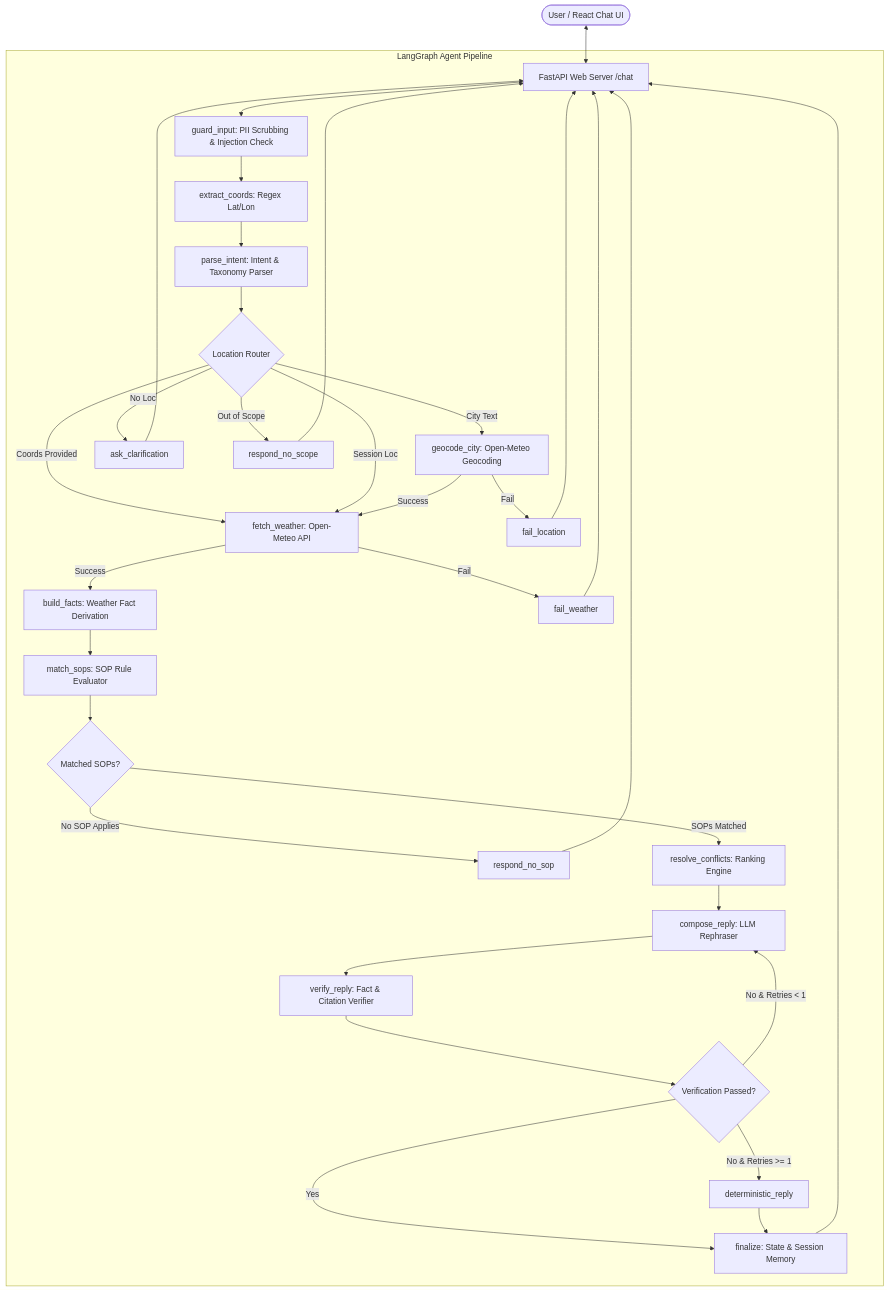
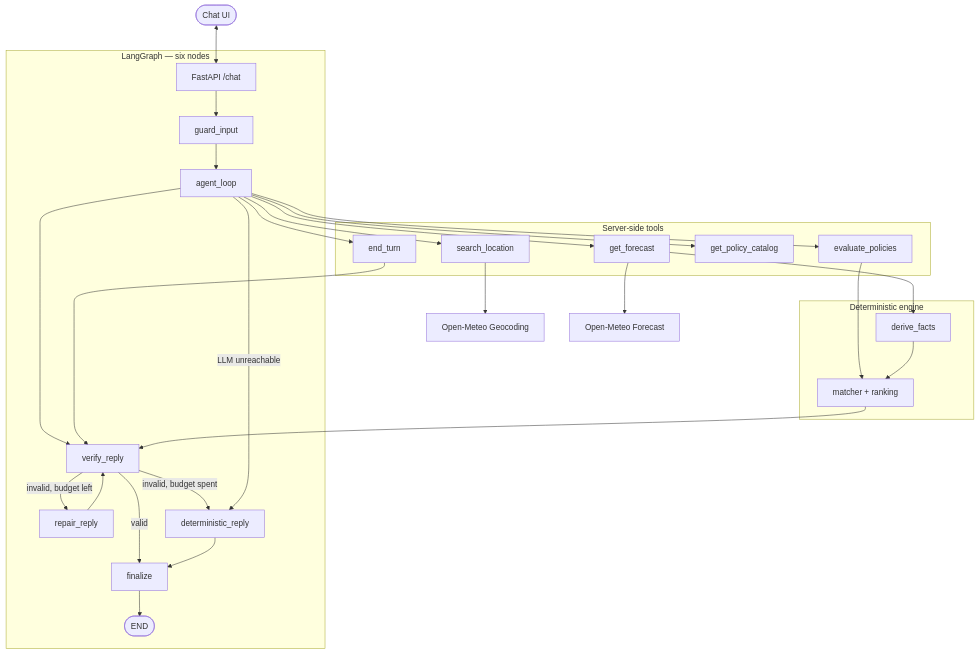
The diagram in ARCH.md (omkarbg100/Grounded-Weather-Advisory-Bot), drawn with Mermaid before and after one commit. The commit also changed other lines of this file and 43 other files, not shown here.

````diff
--- a/ARCH.md
+++ b/ARCH.md
@@ -21,44 +22,36 @@
 ```mermaid
 flowchart TD
-    User([User / React Chat UI]) <--> API[FastAPI Web Server /chat]
-    
-    subgraph LangGraph Agent Pipeline
-        API --> Guard[guard_input: PII Scrubbing & Injection Check]
-        Guard --> ExtractCoords[extract_coords: Regex Lat/Lon]
-        ExtractCoords --> ParseIntent[parse_intent: Intent & Taxonomy Parser]
-        
-        ParseIntent --> Router1{Location Router}
-        Router1 -- "Coords Provided" --> FetchWeather[fetch_weather: Open-Meteo API]
-        Router1 -- "City Text" --> Geocode[geocode_city: Open-Meteo Geocoding]
-        Router1 -- "Session Loc" --> FetchWeather
-        Router1 -- "No Loc" --> Clarify[ask_clarification]
-        Router1 -- "Out of Scope" --> NoScope[respond_no_scope]
-        
-        Geocode -- "Success" --> FetchWeather
-        Geocode -- "Fail" --> FailLoc[fail_location]
-        
-        FetchWeather -- "Success" --> BuildFacts[build_facts: Weather Fact Derivation]
-        FetchWeather -- "Fail" --> FailWeather[fail_weather]
-        
-        BuildFacts --> MatchSOPs[match_sops: SOP Rule Evaluator]
-        MatchSOPs --> Router2{Matched SOPs?}
-        Router2 -- "No SOP Applies" --> NoSOP[respond_no_sop]
-        Router2 -- "SOPs Matched" --> ResolveConflicts[resolve_conflicts: Ranking Engine]
-        
-        ResolveConflicts --> ComposeReply[compose_reply: LLM Rephraser]
-        ComposeReply --> VerifyReply[verify_reply: Fact & Citation Verifier]
-        
-        VerifyReply --> Router3{Verification Passed?}
-        Router3 -- "Yes" --> Finalize[finalize: State & Session Memory]
-        Router3 -- "No & Retries < 1" --> ComposeReply
-        Router3 -- "No & Retries >= 1" --> FallbackReply[deterministic_reply]
-        FallbackReply --> Finalize
+    User([Chat UI]) <--> API[FastAPI /chat]
+
+    subgraph Graph["LangGraph — six nodes"]
+        API --> Guard[guard_input]
+        Guard --> Agent[agent_loop]
+        Agent --> Verify[verify_reply]
+        Verify -- "valid" --> Final[finalize]
+        Verify -- "invalid, budget left" --> Repair[repair_reply]
+        Repair --> Verify
+        Verify -- "invalid, budget spent" --> Det[deterministic_reply]
+        Agent -- "LLM unreachable" --> Det
+        Det --> Final
+        Final --> END([END])
     end
-    
-    Finalize --> API
-    NoScope --> API
-    Clarify --> API
-    NoSOP --> API
-    FailLoc --> API
-    FailWeather --> API
+
+    subgraph Tools["Server-side tools"]
+        Agent --> SL[search_location]
+        Agent --> GF[get_forecast]
+        Agent --> EP[evaluate_policies]
+        Agent --> PC[get_policy_catalog]
+        Agent --> ET[end_turn]
+    end
+
+    SL --> Geo[Open-Meteo Geocoding]
+    GF --> Wx[Open-Meteo Forecast]
+    GF --> Facts[derive_facts]
+    EP --> Match[matcher + ranking]
+    ET --> Verify
+
+    subgraph Engine["Deterministic engine"]
+        Facts --> Match
+        Match --> Verify
+    end
 ```
````
